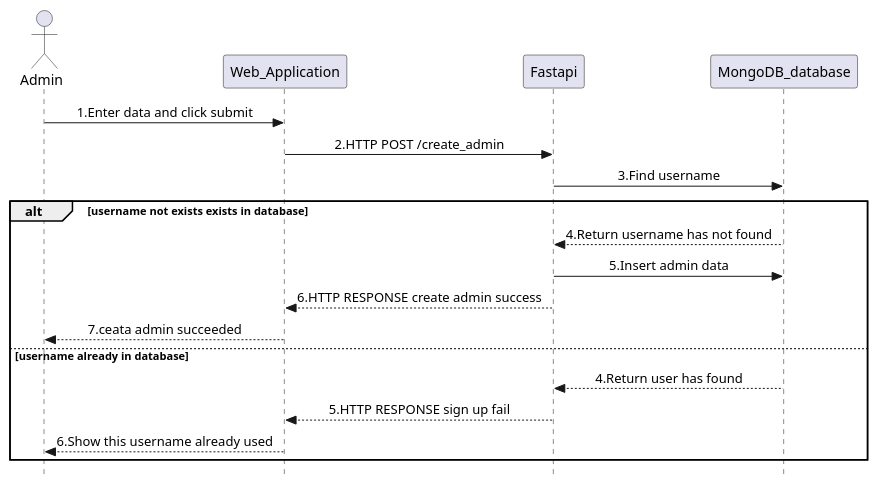
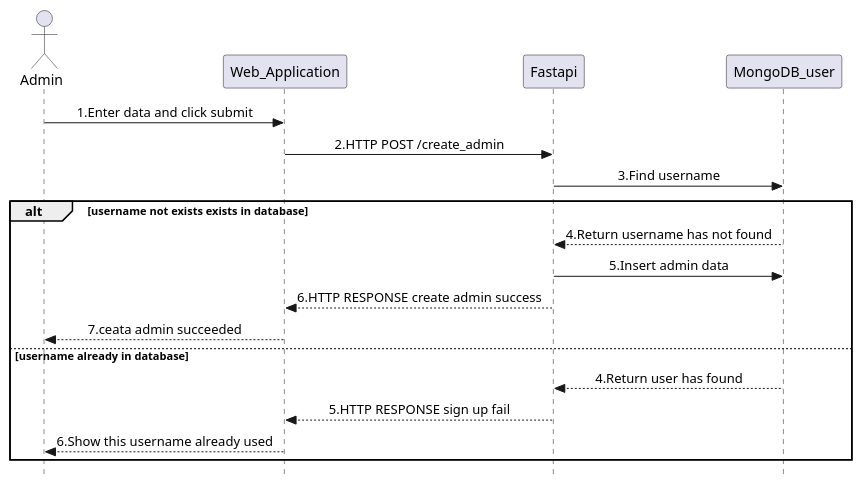
One commit to pasin2545/sequence-diagram changed the diagram in Admin_addAdmin.plantuml. Above: the diagram before and after it, drawn with PlantUML. The commit also changed 19 other files, not shown here.

Commit message:
update DB in sequence diagram

```diff
--- a/Admin_addAdmin.plantuml
+++ b/Admin_addAdmin.plantuml
@@ -1,21 +1,21 @@
 @startuml Roof_Surface_Admin_addAdmin
 skinparam Style strictuml
 skinparam SequenceMessageAlignment center
 actor Admin as admin
 participant Web_Application as web_app
 participant Fastapi as fastapi
-participant MongoDB_database as base
+participant MongoDB_user as user
 admin -> web_app : 1.Enter data and click submit
 web_app -> fastapi : 2.HTTP POST /create_admin
-fastapi -> base : 3.Find username
+fastapi -> user : 3.Find username
 alt username not exists exists in database 
-    base --> fastapi :4.Return username has not found
-    fastapi -> base : 5.Insert admin data
+    user --> fastapi :4.Return username has not found
+    fastapi -> user : 5.Insert admin data
     fastapi --> web_app : 6.HTTP RESPONSE create admin success
     web_app --> admin : 7.ceata admin succeeded
 else username already in database
-    base --> fastapi : 4.Return user has found
+    user --> fastapi : 4.Return user has found
     fastapi --> web_app : 5.HTTP RESPONSE sign up fail
     web_app --> admin : 6.Show this username already used
 end
 @enduml
```
